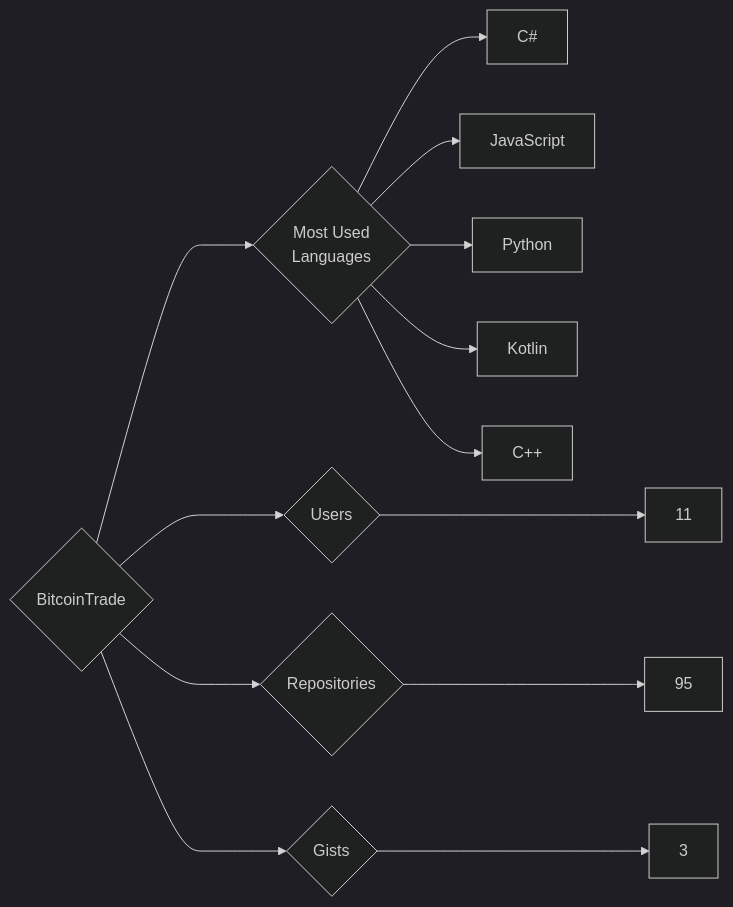
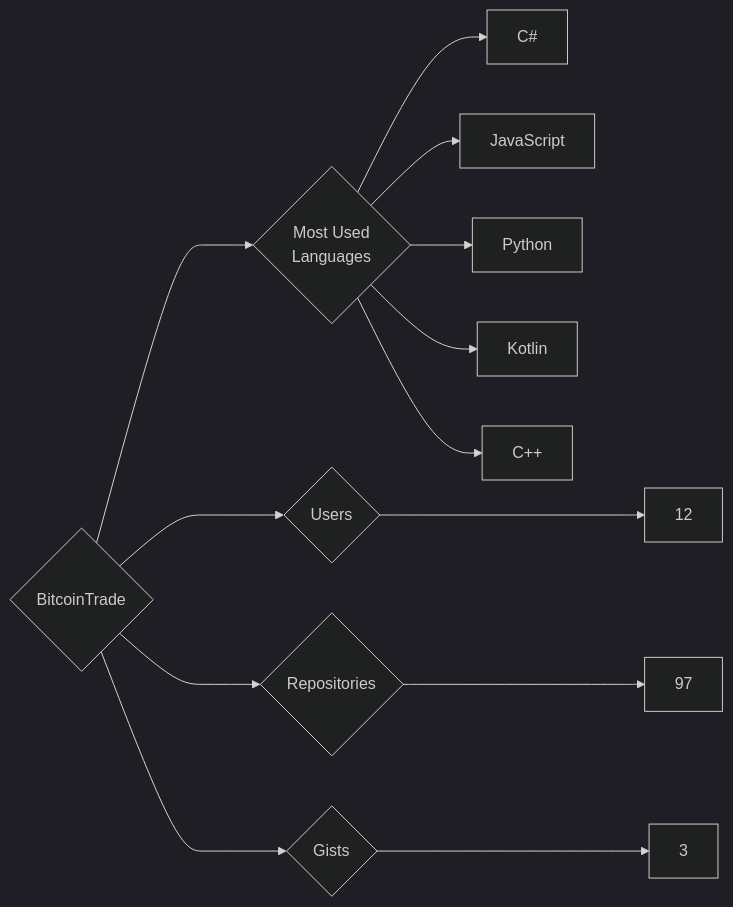
Before and after one commit to trickest/insiders: the diagram in targets/BitcoinTrade/README.md, drawn with Mermaid (dark theme). The commit also changed 1120 other files, not shown here.

````diff
--- a/targets/BitcoinTrade/README.md
+++ b/targets/BitcoinTrade/README.md
@@ -3,13 +3,13 @@
 ```mermaid
 graph LR
 COMPANY_NAME{BitcoinTrade}
-COMPANY_NAME ---> U{Users} ---> UN[11]
-COMPANY_NAME ---> R{Repositories} ---> RN[95]
+COMPANY_NAME ---> U{Users} ---> UN[12]
+COMPANY_NAME ---> R{Repositories} ---> RN[97]
 COMPANY_NAME ---> G{Gists} ---> GN[3]
 COMPANY_NAME ---> ML{Most Used<br>Languages}
 ML --> C#[C#]
 ML --> JavaScript[JavaScript]
 ML --> Python[Python]
 ML --> Kotlin[Kotlin]
 ML --> C++[C++]
 ```
````
